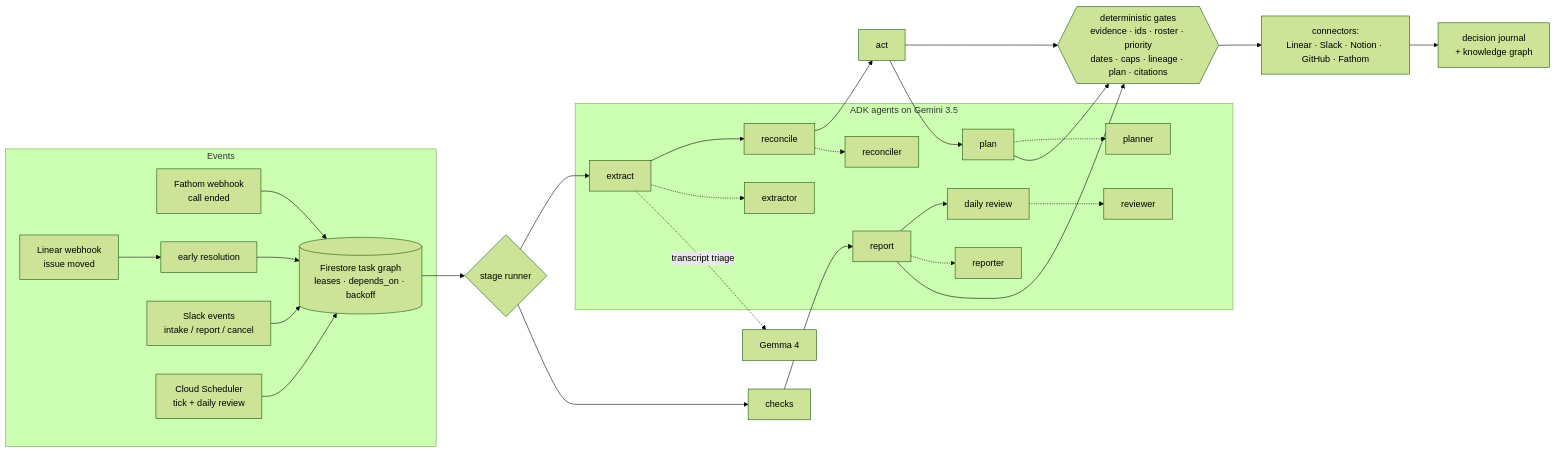
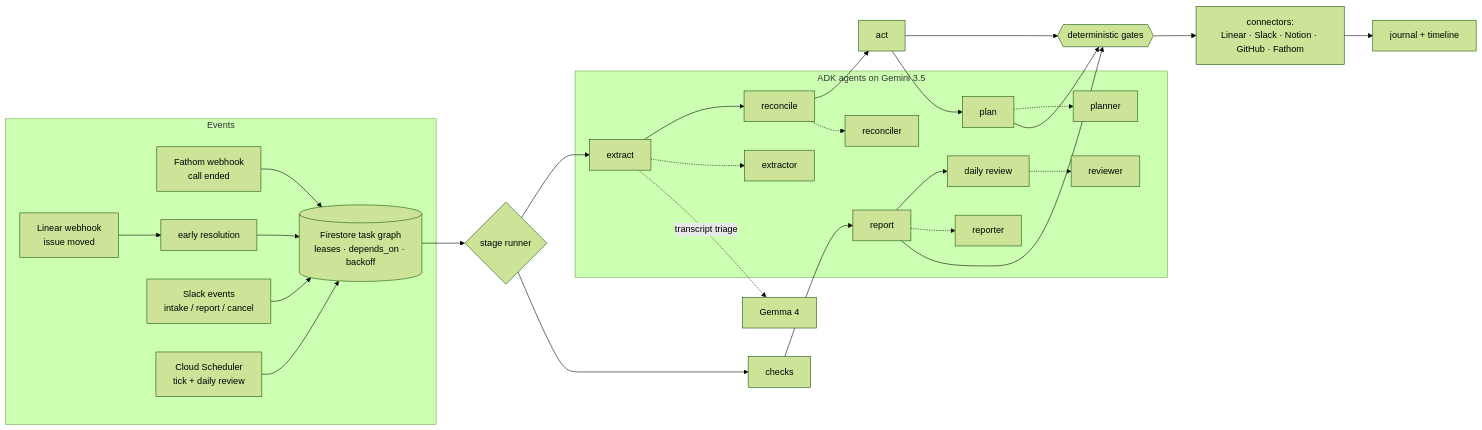
One commit to alijon30/pm-agent changed the diagram in README.md. Above: the diagram before and after it, drawn with Mermaid (forest theme). The commit also changed other lines of this file, not shown here.

````diff
--- a/README.md
+++ b/README.md
@@ -78,26 +56,26 @@
 ```mermaid
 flowchart LR
     subgraph inputs [Events]
         F[Fathom webhook<br/>call ended] --> Q
         L[Linear webhook<br/>issue moved] --> E2[early resolution]
         S[Slack events<br/>intake / report / cancel] --> Q
         T[Cloud Scheduler<br/>tick + daily review] --> Q
     end
     E2 --> Q[(Firestore task graph<br/>leases · depends_on · backoff)]
     Q --> R{stage runner}
     R --> X[extract] --> RC[reconcile] --> A[act] --> P[plan]
     R --> C[checks] --> RP[report] --> DR[daily review]
     subgraph agents [ADK agents on Gemini 3.5]
         X -.-> G1[extractor]
         RC -.-> G2[reconciler]
         P -.-> G3[planner]
         RP -.-> G4[reporter]
         DR -.-> G5[reviewer]
     end
     X -. transcript triage .-> GM[Gemma 4]
-    A --> V{{deterministic gates<br/>evidence · ids · roster · priority<br/>dates · caps · lineage · plan · citations}}
+    A --> V{{deterministic gates}}
     P --> V
     RP --> V
     V --> W[connectors:<br/>Linear · Slack · Notion · GitHub · Fathom]
-    W --> J[decision journal<br/>+ knowledge graph]
+    W --> J[journal + timeline]
 ```
````
